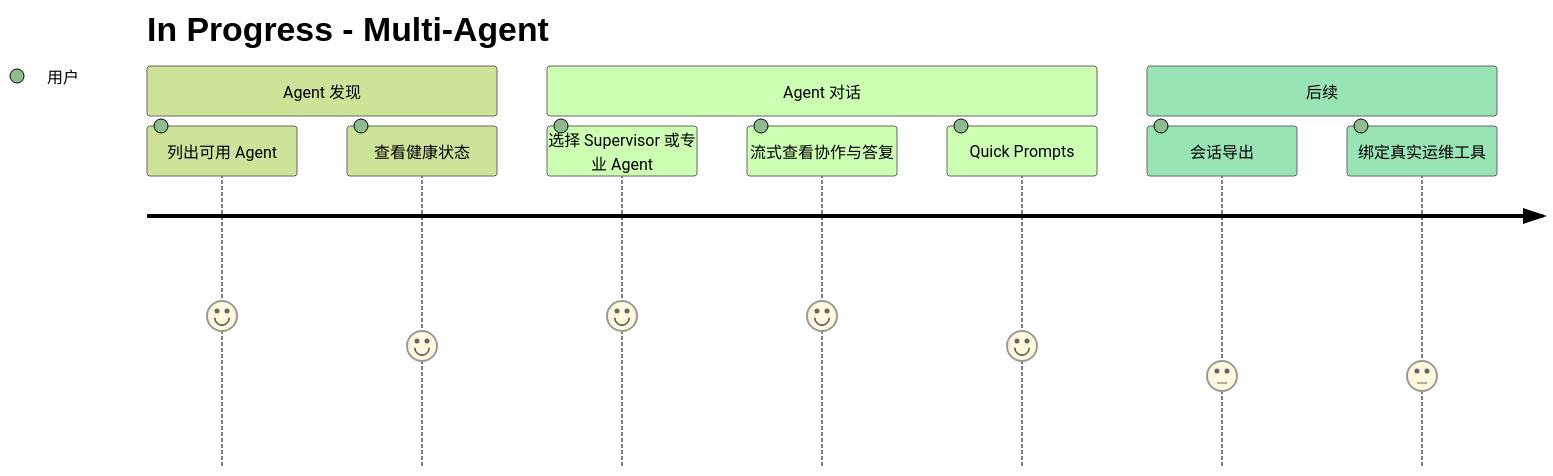
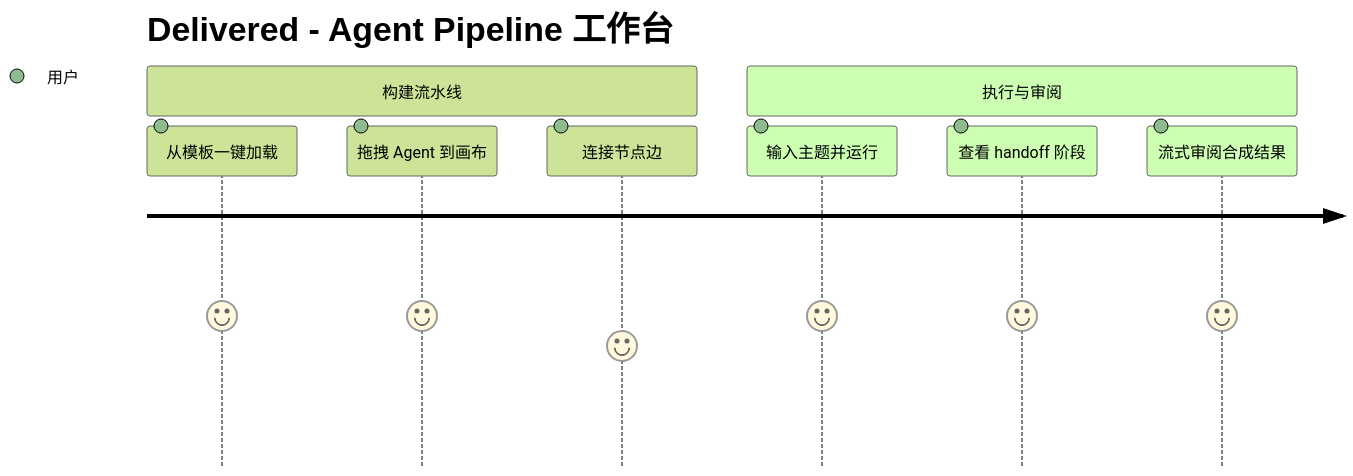
Diagram 15 of 23 in docs/User-Story-Map.md (felixzhu97/explore-ai), drawn with Mermaid (forest theme) before and after one commit. The commit also changed other lines of this file, not shown here.

````diff
--- a/docs/User-Story-Map.md
+++ b/docs/User-Story-Map.md
@@ -467,14 +513,12 @@
 ```mermaid
 journey
-    title In Progress - Multi-Agent
-    section Agent 发现
-        列出可用 Agent: 5: 用户
-        查看健康状态: 4: 用户
-    section Agent 对话
-        选择 Supervisor 或专业 Agent: 5: 用户
-        流式查看协作与答复: 5: 用户
-        Quick Prompts: 4: 用户
-    section 后续
-        会话导出: 3: 用户
-        绑定真实运维工具: 3: 用户
+    title Delivered - Agent Pipeline 工作台
+    section 构建流水线
+        从模板一键加载: 5: 用户
+        拖拽 Agent 到画布: 5: 用户
+        连接节点边: 4: 用户
+    section 执行与审阅
+        输入主题并运行: 5: 用户
+        查看 handoff 阶段: 5: 用户
+        流式审阅合成结果: 5: 用户
 ```
````
